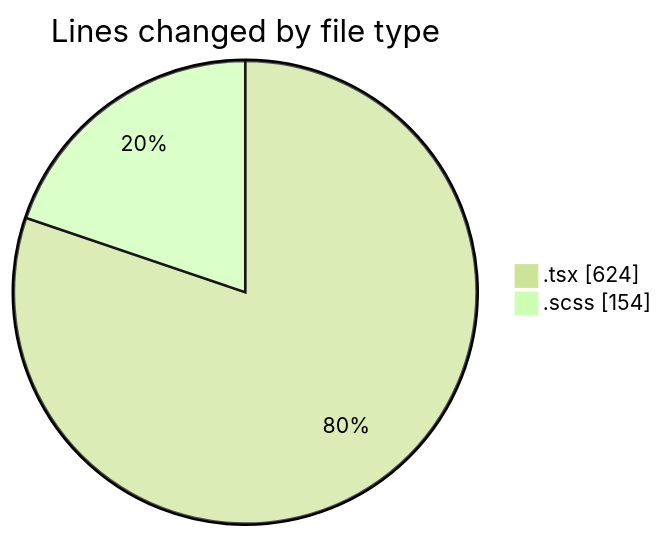
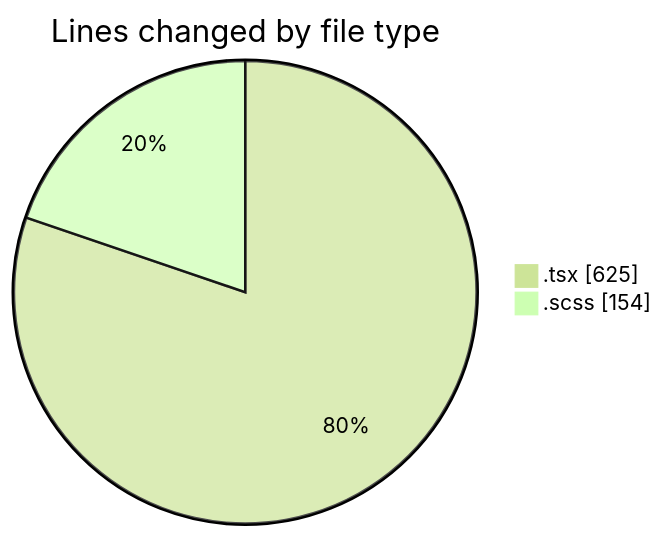
The first of 2 diagrams in 2025-10-01/cda/README.md (momahboobian/code-tracking), drawn with Mermaid (forest theme) before and after one commit. The commit also changed other lines of this file and 1 other file, not shown here.

````diff
--- a/2025-10-01/cda/README.md
+++ b/2025-10-01/cda/README.md
@@ -22,6 +22,6 @@
 ```mermaid
 pie showData
 title Lines changed by file type
-".tsx" : 624
+".tsx" : 625
 ".scss" : 154
 ```
````
